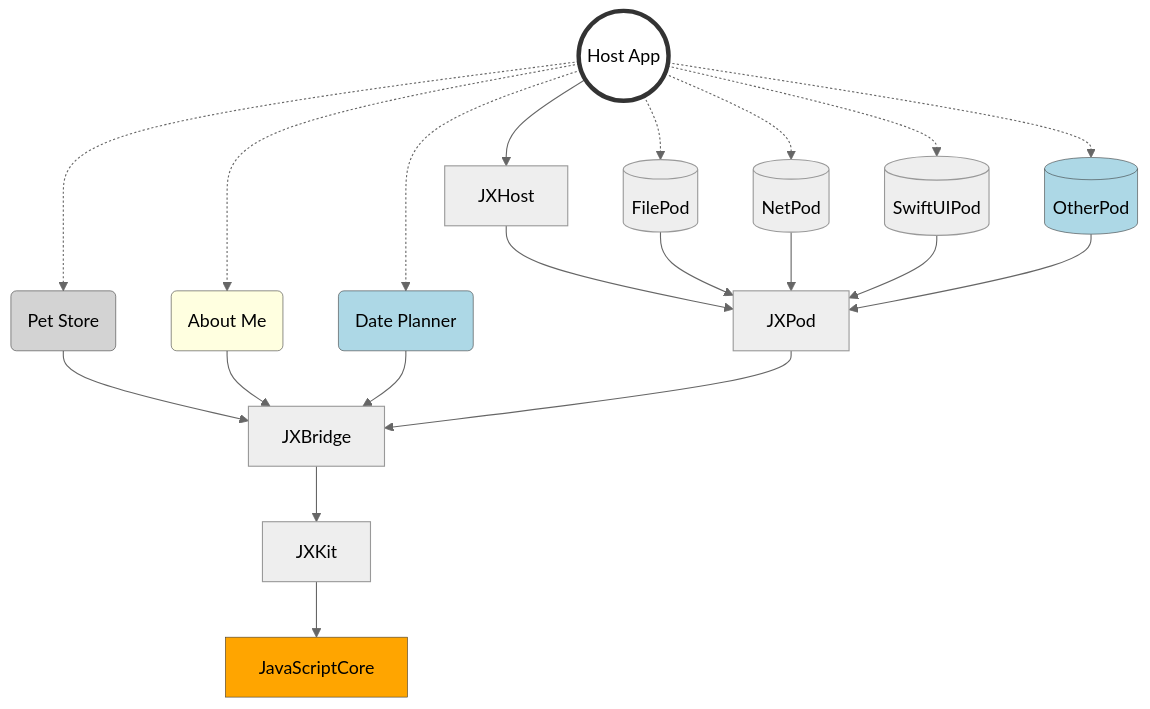
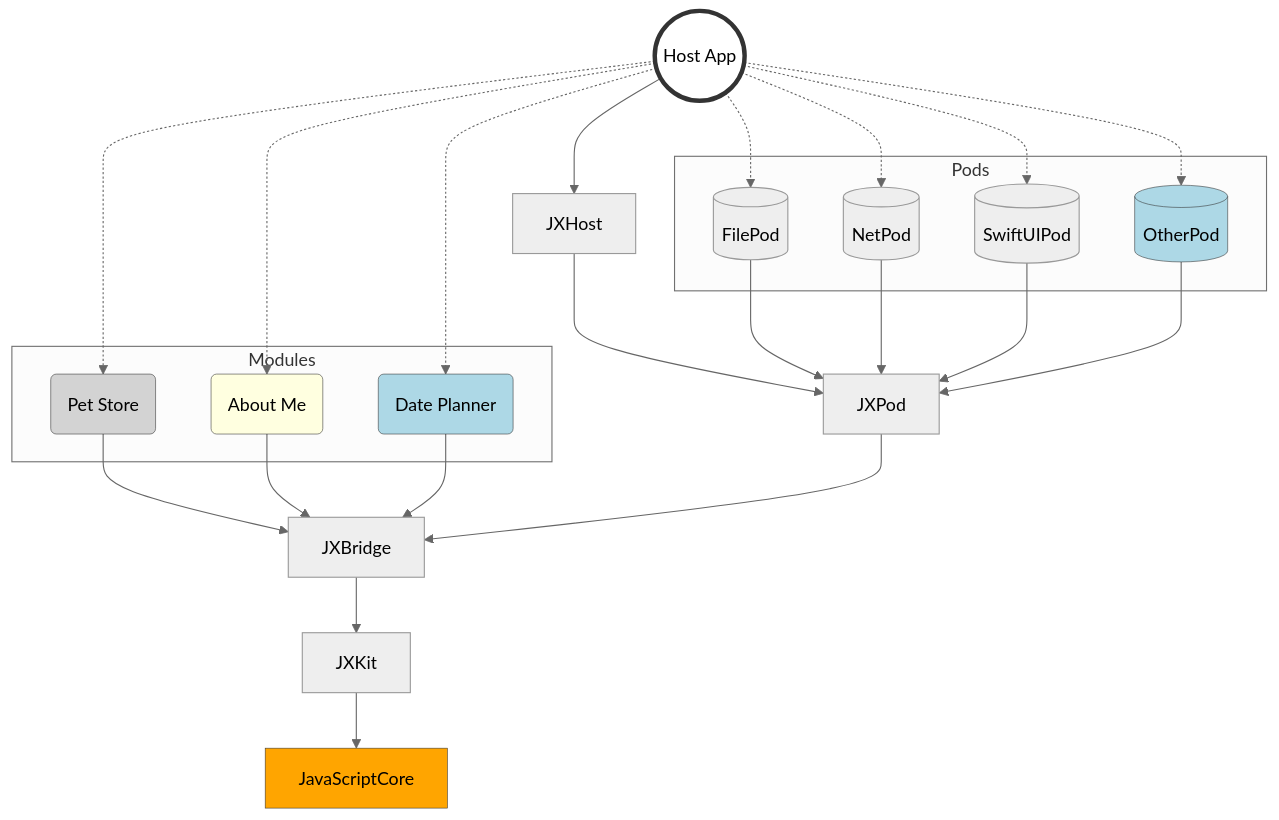
One commit to jectivex/JXHost changed the second of 2 diagrams in README.md. Above: the diagram before and after it, drawn with Mermaid (neutral theme). The commit also changed other lines of this file, not shown here.

````diff
--- a/README.md
+++ b/README.md
@@ -57,49 +69,62 @@
 ```mermaid
 flowchart TB
     HostApp((Host App)) -.-> PetStoreModule(Pet Store)
     HostApp -.-> AboutMeModule(About Me)
     HostApp -.-> DatePlannerModule(Date Planner)
     
     HostApp --> JXHost
     
+    subgraph Modules
+      PetStoreModule
+      AboutMeModule
+      DatePlannerModule
+    end
+
     PetStoreModule --> JXBridge
     AboutMeModule --> JXBridge
     DatePlannerModule --> JXBridge
-    
+
     JXHost --> JXPod
     JXPod --> JXBridge
     
     HostApp -.-> FilePod[(FilePod)]
     HostApp -.-> NetPod[(NetPod)]
     HostApp -.-> SwiftUIPod[(SwiftUIPod)]
     HostApp -.-> OtherPod[(OtherPod)]
     
+    subgraph Pods
+      FilePod
+      NetPod
+      SwiftUIPod
+      OtherPod
+    end
+
     FilePod --> JXPod
     NetPod --> JXPod
     SwiftUIPod --> JXPod
     OtherPod --> JXPod
-    
+
     JXBridge --> JXKit
     
     JXKit --> JavaScriptCore[JavaScriptCore]
 
 classDef HostApp fill:white,stroke:#333,stroke-width:4px
 class HostApp HostApp
 
 classDef gray fill:lightgray,stroke:#333,stroke-width:0.5px
 classDef yellow fill:lightyellow,stroke:#333,stroke-width:0.5px
 classDef blue fill:lightblue,stroke:#333,stroke-width:0.5px
 
 class PetStoreModule gray
 class AboutMeModule yellow
 class DatePlannerModule blue
 
 classDef OtherPod fill:lightblue,stroke:#333,stroke-width:0.5px
 class OtherPod OtherPod
 
 classDef JavaScriptCore fill:orange,stroke:#333,stroke-width:0.5px
 class JavaScriptCore JavaScriptCore
 
 class di orange
 
 ```
````
